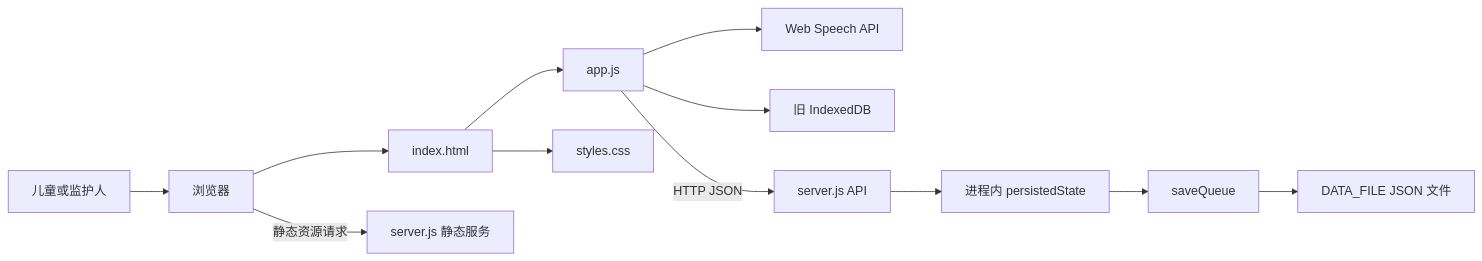
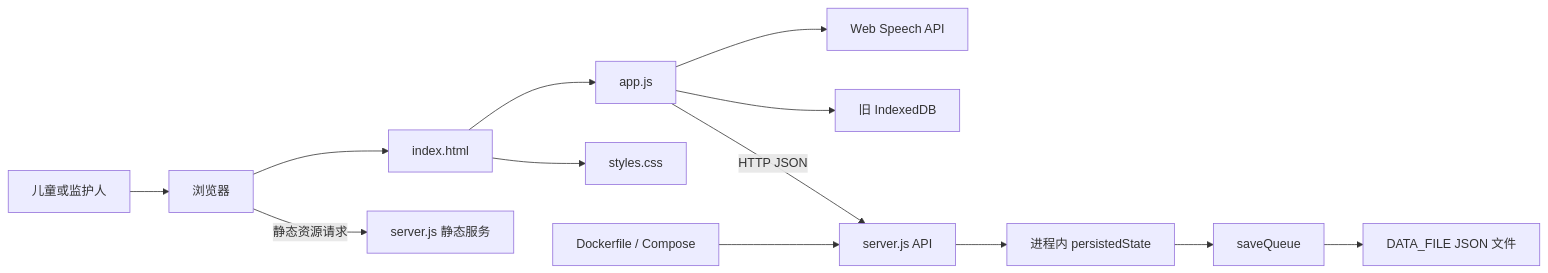
The first of 2 diagrams in docs/codinghub/architecture.md (guccang/yuanbao), drawn with Mermaid before and after one commit. The commit also changed other lines of this file and 3 other files, not shown here.

Commit message:
codinghub(run_62f8cbde-f451-45ea-9779-f577865f3a41): 已仅更新 docs/codinghub/overview.md、architecture.md、flows.md、development.md：基于 README、前后端代码、Docker/Compose 与 CodingHub 部署配置补齐项目入口、模块边界、静态资源保护、数据契约、失败链路和部署前提，并保留待确认项。已通过 JavaScript 语法检查、HTTP 冒烟检查、UTF-8 无 BOM、文档链接及 Mermaid 限制检查；运行环境未提供 Git 命令，因此未创建本地提交。

````diff
--- a/docs/codinghub/architecture.md
+++ b/docs/codinghub/architecture.md
@@ -7,14 +7,15 @@
 ```mermaid
 flowchart LR
     User[儿童或监护人] --> Browser[浏览器]
     Browser --> HTML[index.html]
     HTML --> Client[app.js]
     HTML --> CSS[styles.css]
     Client --> Speech[Web Speech API]
     Client --> Legacy[旧 IndexedDB]
     Client -->|HTTP JSON| API[server.js API]
     Browser -->|静态资源请求| Static[server.js 静态服务]
     API --> Memory[进程内 persistedState]
     Memory --> Queue[saveQueue]
     Queue --> File[DATA_FILE JSON 文件]
+    Deploy[Dockerfile / Compose] --> API
 ```
````
